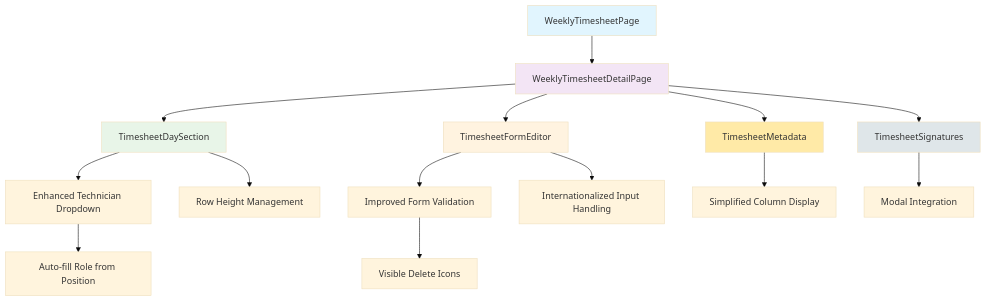
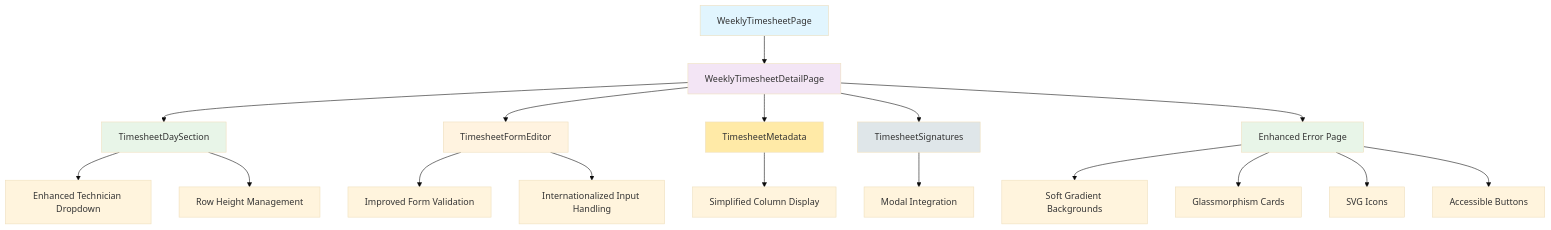
The diagram in .qoder/repowiki/en/content/Arquitetura Frontend/Timesheet Semanal - Interface Frontend.md (RobertRuas/windlog), drawn with Mermaid (base theme) before and after one commit. The commit also changed other lines of this file and 18 other files, not shown here.

````diff
--- a/.qoder/repowiki/en/content/Arquitetura Frontend/Timesheet Semanal - Interface Frontend.md
+++ b/.qoder/repowiki/en/content/Arquitetura Frontend/Timesheet Semanal - Interface Frontend.md
@@ -42,22 +47,26 @@
 ```mermaid
 graph TD
 A[WeeklyTimesheetPage] --> B[WeeklyTimesheetDetailPage]
 B --> C[TimesheetDaySection]
 B --> D[TimesheetFormEditor]
 B --> E[TimesheetMetadata]
 B --> F[TimesheetSignatures]
-C --> G[Enhanced Technician Dropdown]
-D --> H[Improved Form Validation]
-C --> I[Row Height Management]
-D --> J[Internationalized Input Handling]
-E --> K[Simplified Column Display]
-F --> L[Modal Integration]
-G --> M[Auto-fill Role from Position]
-H --> N[Visible Delete Icons]
+B --> G[Enhanced Error Page]
+C --> H[Enhanced Technician Dropdown]
+D --> I[Improved Form Validation]
+C --> J[Row Height Management]
+D --> K[Internationalized Input Handling]
+E --> L[Simplified Column Display]
+F --> M[Modal Integration]
+G --> N[Soft Gradient Backgrounds]
+G --> O[Glassmorphism Cards]
+G --> P[SVG Icons]
+G --> Q[Accessible Buttons]
 style A fill:#e1f5fe
 style B fill:#f3e5f5
 style C fill:#e8f5e8
 style D fill:#fff3e0
 style E fill:#ffeaa7
 style F fill:#dfe6e9
+style G fill:#e8f5e8
 ```
````
